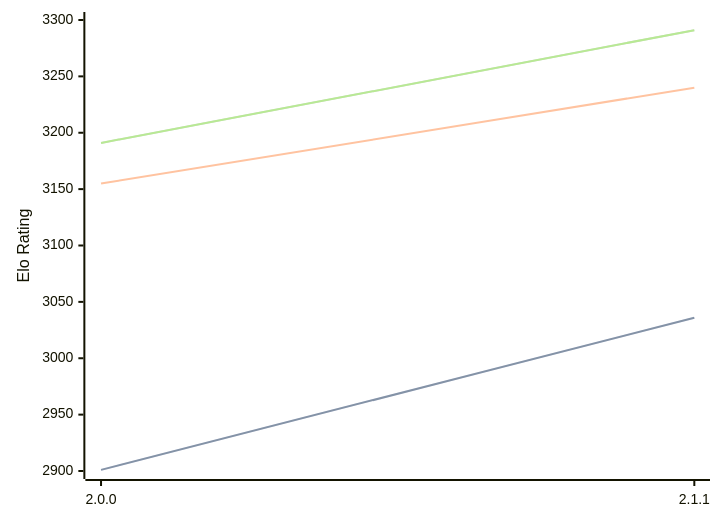
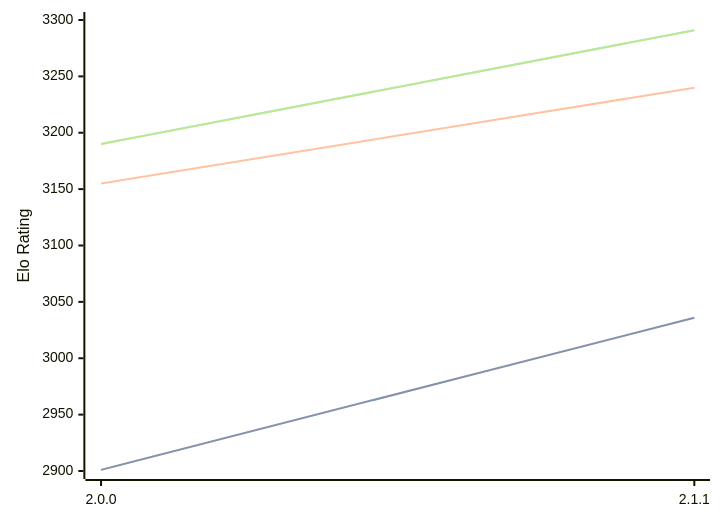
Before and after one commit to computer-chess-index/cci: the diagram in engines/Bread.md, drawn with Mermaid. The commit also changed other lines of this file, not shown here.

Commit message:
Update CCI Ratings (ELO VLTC) - 2026-03-12

````diff
--- a/engines/Bread.md
+++ b/engines/Bread.md
@@ -48,11 +48,11 @@
 ```mermaid
 %%{init: {"theme":"base","themeVariables":{"seriesColors:['#a3a3a3','#222221','#faa371']}}}%%
 xychart-beta
   x-axis ["2.0.0", "2.1.1"]
   y-axis "Elo Rating" 2900 --> 3300
   line "STC (8.0+0.08s)" [2901, 3036]
   line "STC (8.0+0.08s)" [2901, 3036]
   line "LTC (60.0+0.60s)" [3155, 3240]
-  line "VLTC (2m24s+1.12s)" [3191, 3291]
-  line "VLTC (2m24s+1.12s)" [3191, 3291]
+  line "VLTC (2m24s+1.12s)" [3190, 3291]
+  line "VLTC (2m24s+1.12s)" [3190, 3291]
 ```
````
